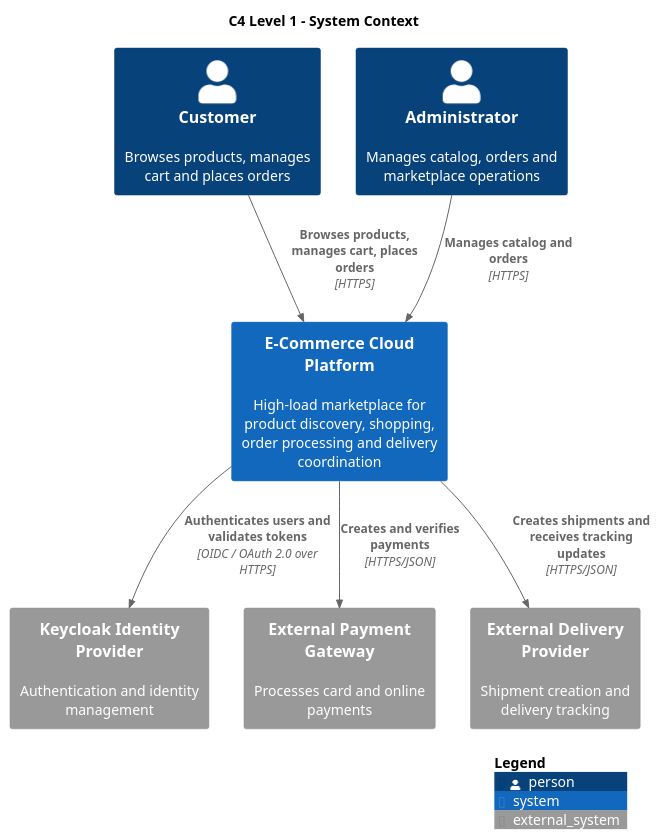
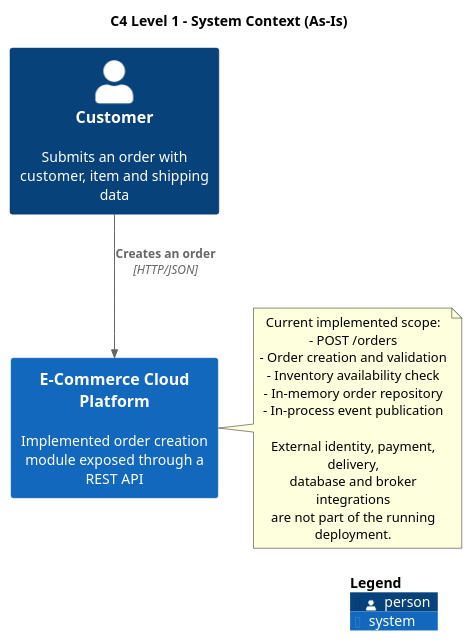
The diagram in docs/diagrams/01_system_context.puml (Belckaa/Cloud-Platform), drawn with PlantUML before and after one commit. The commit also changed 13 other files, not shown here.

Commit message:
Complete lab 6: architecture design and deployment

```diff
--- a/docs/diagrams/01_system_context.puml
+++ b/docs/diagrams/01_system_context.puml
@@ -1,23 +1,27 @@
 @startuml 01_system_context
 !includeurl https://raw.githubusercontent.com/plantuml-stdlib/C4-PlantUML/master/C4_Context.puml
 
-title C4 Level 1 - System Context
+title C4 Level 1 - System Context (As-Is)
 LAYOUT_WITH_LEGEND()
 
-Person(customer, "Customer", "Browses products, manages cart and places orders")
-Person(admin, "Administrator", "Manages catalog, orders and marketplace operations")
+Person(customer, "Customer", "Submits an order with customer, item and shipping data")
 
-System(platform, "E-Commerce Cloud Platform", "High-load marketplace for product discovery, shopping, order processing and delivery coordination")
+System(platform, "E-Commerce Cloud Platform", "Implemented order creation module exposed through a REST API")
 
-System_Ext(keycloak, "Keycloak Identity Provider", "Authentication and identity management")
-System_Ext(payment, "External Payment Gateway", "Processes card and online payments")
-System_Ext(delivery, "External Delivery Provider", "Shipment creation and delivery tracking")
+Rel(customer, platform, "Creates an order", "HTTP/JSON")
 
-Rel(customer, platform, "Browses products, manages cart, places orders", "HTTPS")
-Rel(admin, platform, "Manages catalog and orders", "HTTPS")
-Rel(platform, keycloak, "Authenticates users and validates tokens", "OIDC / OAuth 2.0 over HTTPS")
-Rel(platform, payment, "Creates and verifies payments", "HTTPS/JSON")
-Rel(platform, delivery, "Creates shipments and receives tracking updates", "HTTPS/JSON")
+note right of platform
+Current implemented scope:
+- POST /orders
+- Order creation and validation
+- Inventory availability check
+- In-memory order repository
+- In-process event publication
+
+External identity, payment, delivery,
+database and broker integrations
+are not part of the running deployment.
+end note
 
 SHOW_LEGEND()
 @enduml
```
